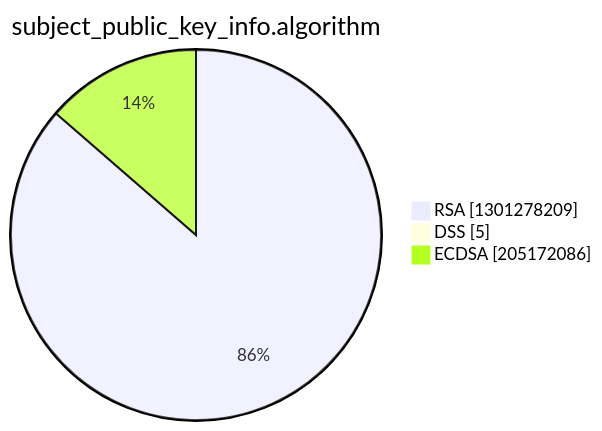
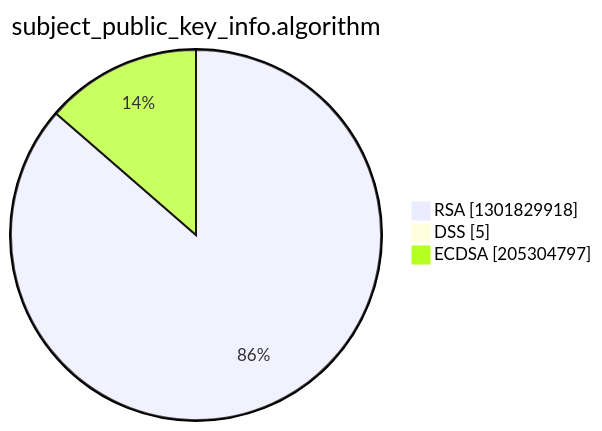
One commit to christiankrug/ctmonitor_visualization changed the third of 15 diagrams in argon2022/README.md. Above: the diagram before and after it, drawn with Mermaid. The commit also changed other lines of this file, not shown here.

````diff
--- a/argon2022/README.md
+++ b/argon2022/README.md
@@ -14,7 +14,7 @@
 ```mermaid
 pie showData
 title subject_public_key_info.algorithm
-"RSA" :1301278209
+"RSA" :1301829918
 "DSS" :5
-"ECDSA" :205172086
+"ECDSA" :205304797
 ```
````
